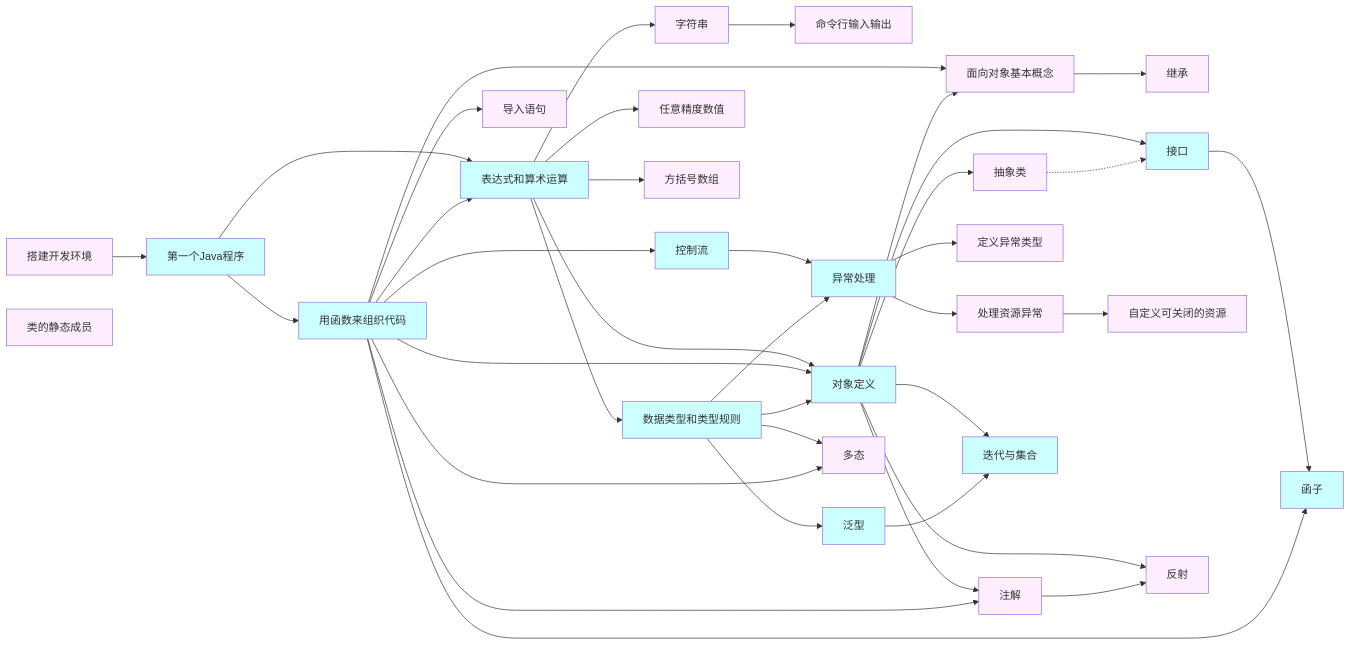
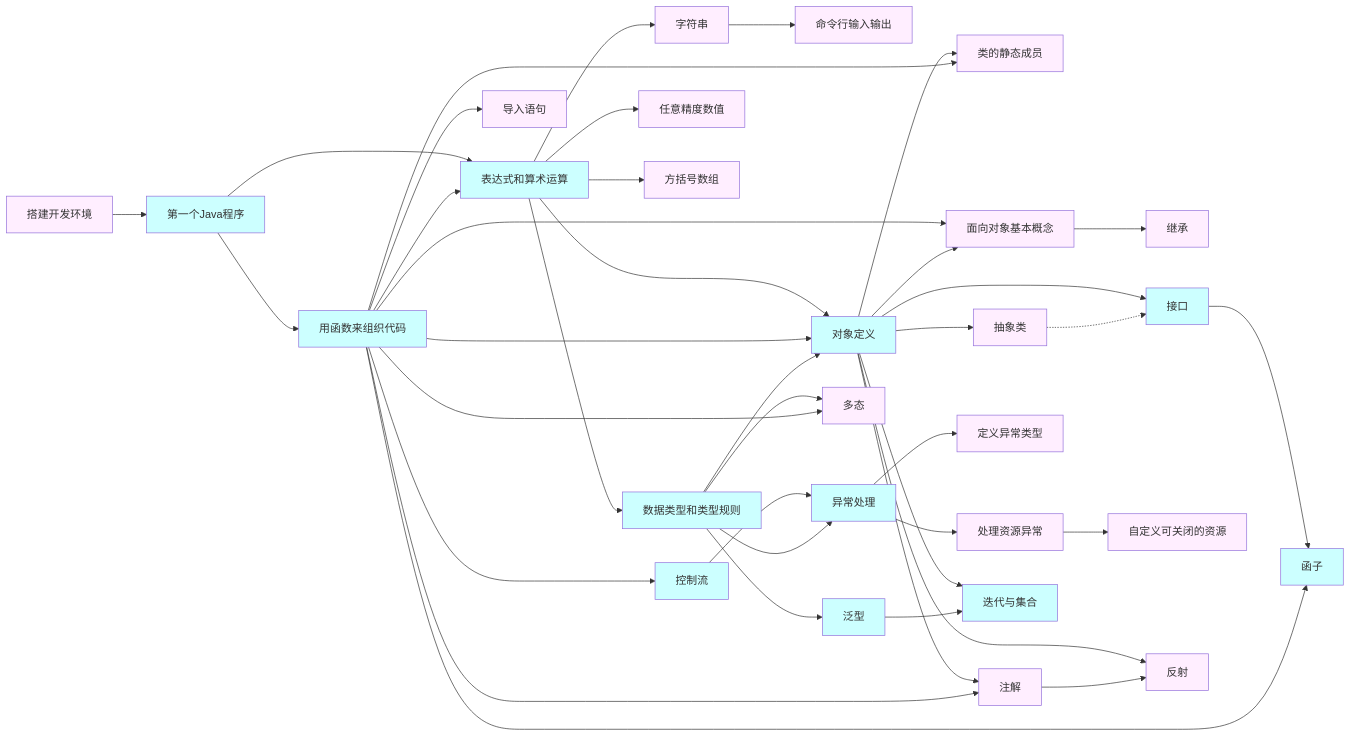
One commit to jingkaimori/JavaTutorial changed the diagram in index.md. Above: the diagram before and after it, drawn with Mermaid. The commit also changed 1 other file, not shown here.

Commit message:
修正课后习题和关系图

```diff
--- a/index.md
+++ b/index.md
@@ -82,72 +82,74 @@
 <div class="mermaid">
 flowchart LR
 
     classDef default fill:#fef;
     classDef important fill:#cff;
 
     env[搭建开发环境]
     1stprog[第一个Java程序]
     function[用函数来组织代码]
     expression[表达式和算术运算]
     datatype[数据类型和类型规则]
     string[字符串]
     arbitarynum[任意精度数值]
     array[方括号数组]
     io[命令行输入输出]
     ctrlflow[控制流]
     classObj[对象定义]
     staticMember[类的静态成员]
     import[导入语句]
     exception[异常处理]
     generic[泛型]
     annotation[注解]
     oo[面向对象基本概念]
     inhertance[继承]
     polymorphism[多态]
     interface[接口]
     abstractClass[抽象类]
     functor[函子]
     customException[定义异常类型]
     autoClose[处理资源异常]
     customAutoClose[自定义可关闭的资源]
     iterate[迭代与集合]
     reflect[反射]
 
     env --> 1stprog
     1stprog --> function
     function --> expression
     function --> ctrlflow
     1stprog --> expression
     expression --> datatype
     expression --> string
     expression --> arbitarynum
     expression --> array
     datatype --> exception
     ctrlflow --> exception
     datatype --> classObj
     function --> classObj
     expression --> classObj
+    function --> staticMember
+    classObj --> staticMember
     string --> io
     function --> import
     annotation --> reflect
     classObj --> reflect
     datatype --> generic
     generic --> iterate
     classObj --> iterate
     function --> annotation
     classObj --> annotation
     classObj --> oo
     function --> oo
     oo --> inhertance
     classObj --> abstractClass
     abstractClass -.-> interface
     classObj --> interface
     function --> polymorphism
     datatype --> polymorphism
     function --> functor
     interface --> functor
     exception --> customException
     exception --> autoClose
     autoClose --> customAutoClose
     class 1stprog,function,expression,datatype,ctrlflow,classObj,exception,generic,interface,functor,iterate important;
 </div>
```
